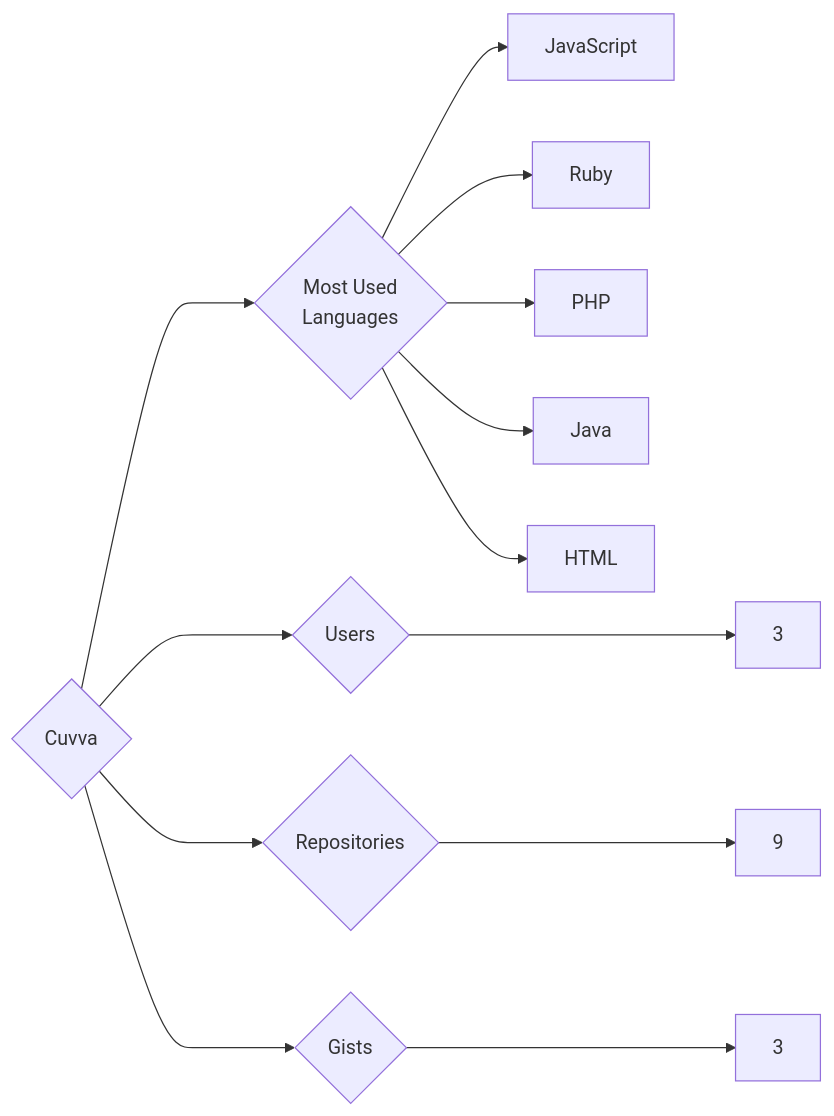
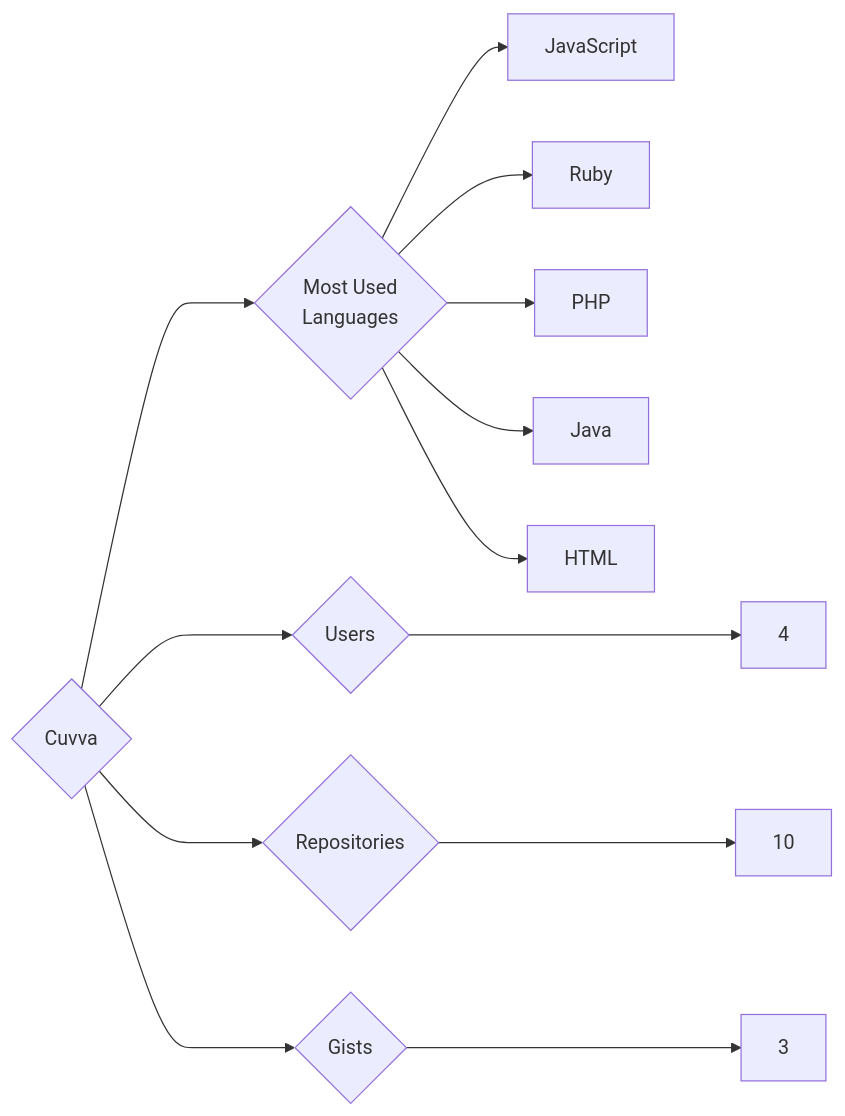
Before and after one commit to trickest/insiders: the diagram in targets/Cuvva/README.md, drawn with Mermaid. The commit also changed 988 other files, not shown here.

````diff
--- a/targets/Cuvva/README.md
+++ b/targets/Cuvva/README.md
@@ -3,13 +3,13 @@
 ```mermaid
 graph LR
 COMPANY_NAME{Cuvva}
-COMPANY_NAME ---> U{Users} ---> UN[3]
-COMPANY_NAME ---> R{Repositories} ---> RN[9]
+COMPANY_NAME ---> U{Users} ---> UN[4]
+COMPANY_NAME ---> R{Repositories} ---> RN[10]
 COMPANY_NAME ---> G{Gists} ---> GN[3]
 COMPANY_NAME ---> ML{Most Used<br>Languages}
 ML --> JavaScript[JavaScript]
 ML --> Ruby[Ruby]
 ML --> PHP[PHP]
 ML --> Java[Java]
 ML --> HTML[HTML]
 ```
````
